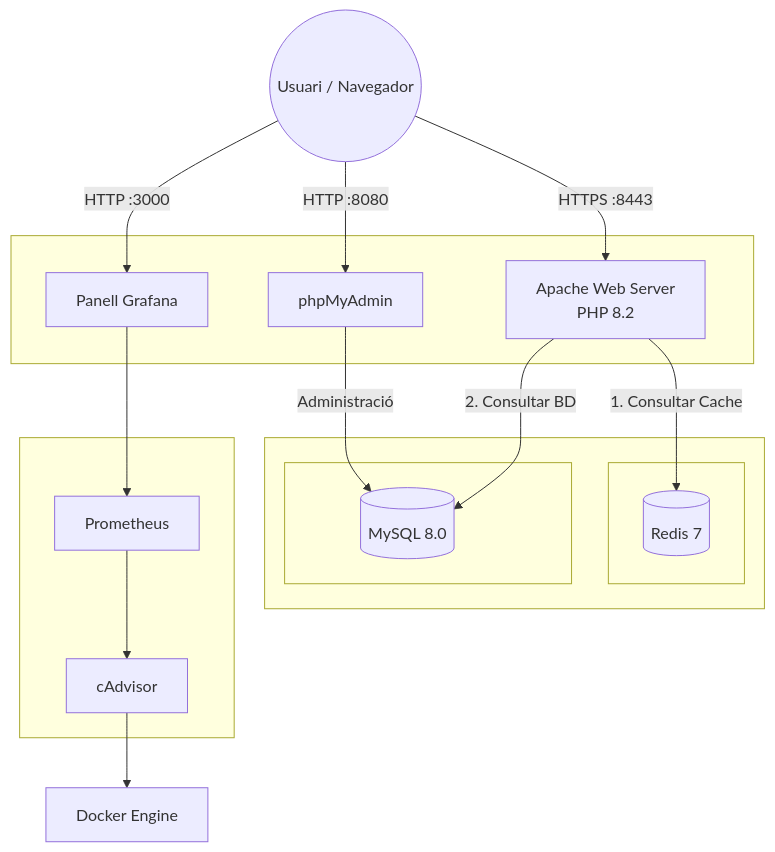
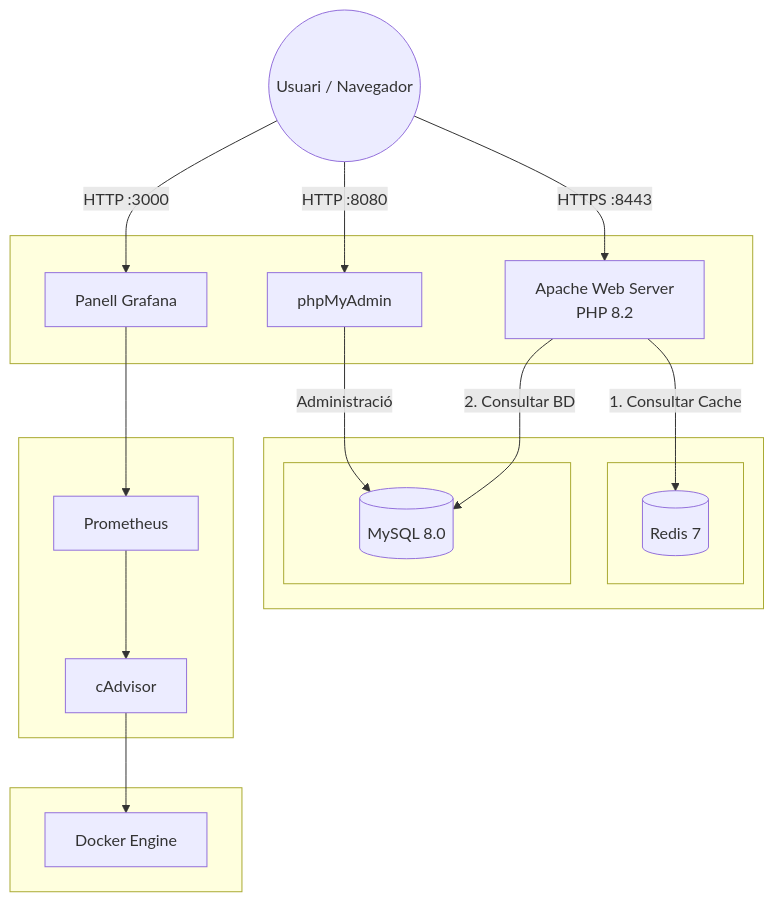
Before and after one commit to aybkh/Projecte-Serveis-Web: the diagram in README.md, drawn with Mermaid.

Commit message:
Add Docker Engine subgraph to README

````diff
--- a/README.md
+++ b/README.md
@@ -9,40 +9,43 @@
 ```mermaid
 graph TD
     User((Usuari / Navegador))
     
     subgraph " "
         Apache[Apache Web Server<br/>PHP 8.2]
         Grafana[Panell Grafana]
         PMA[phpMyAdmin]
     end
 
     subgraph " "
         subgraph " "
             Redis[(Redis 7)]
         end
         
         subgraph " "
             MySQL[(MySQL 8.0)]
         end
     end
 
     subgraph " "
         Prometheus[Prometheus]
         cAdvisor[cAdvisor]
     end
+    subgraph " "
+        DockerEngine[Docker Engine]
+    end
 
     %% Connexions d'Accés
     User -->|HTTPS :8443| Apache
     User -->|HTTP :3000| Grafana
     User -->|HTTP :8080| PMA
 
     %% Flux de Dades
     Apache -->|1. Consultar Cache| Redis
     Apache -->|2. Consultar BD| MySQL
     PMA -->|Administració| MySQL
 
     %% Connexions de Monitorització
     cAdvisor -->| | DockerEngine[Docker Engine]
     Prometheus -->| | cAdvisor
     Grafana -->| | Prometheus
 ```
````
